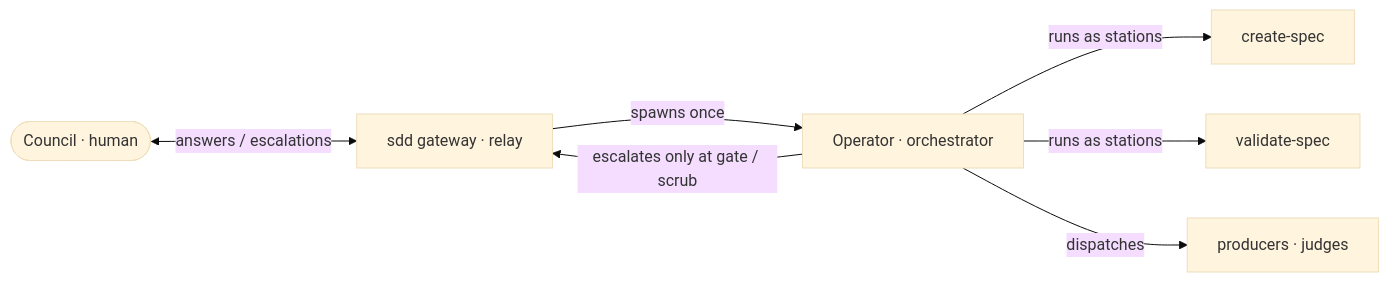
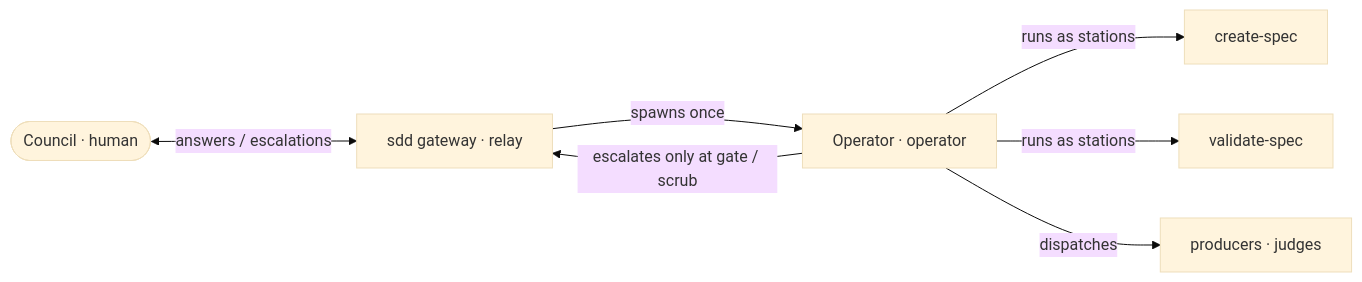
Before and after one commit to cyberuni/cyberplace: the diagram in artifacts/specs/sdd-mission-loop/spec.md, drawn with Mermaid (base theme). The commit also changed other lines of this file and 86 other files, not shown here.

First line of the commit message:
refactor(sdd): complete the sdd-orchestrator → sdd-operator cutover

````diff
--- a/artifacts/specs/sdd-mission-loop/spec.md
+++ b/artifacts/specs/sdd-mission-loop/spec.md
@@ -35,9 +35,9 @@
 ```mermaid
 flowchart LR
   council([Council · human]) <-->|answers / escalations| relay[sdd gateway · relay]
-  relay -->|spawns once| op[Operator · orchestrator]
+  relay -->|spawns once| op[Operator · operator]
   op -->|runs as stations| cs[create-spec]
   op -->|runs as stations| vs[validate-spec]
   op -->|dispatches| chain[producers · judges]
   op -->|"escalates only at gate / scrub"| relay
 ```
````
